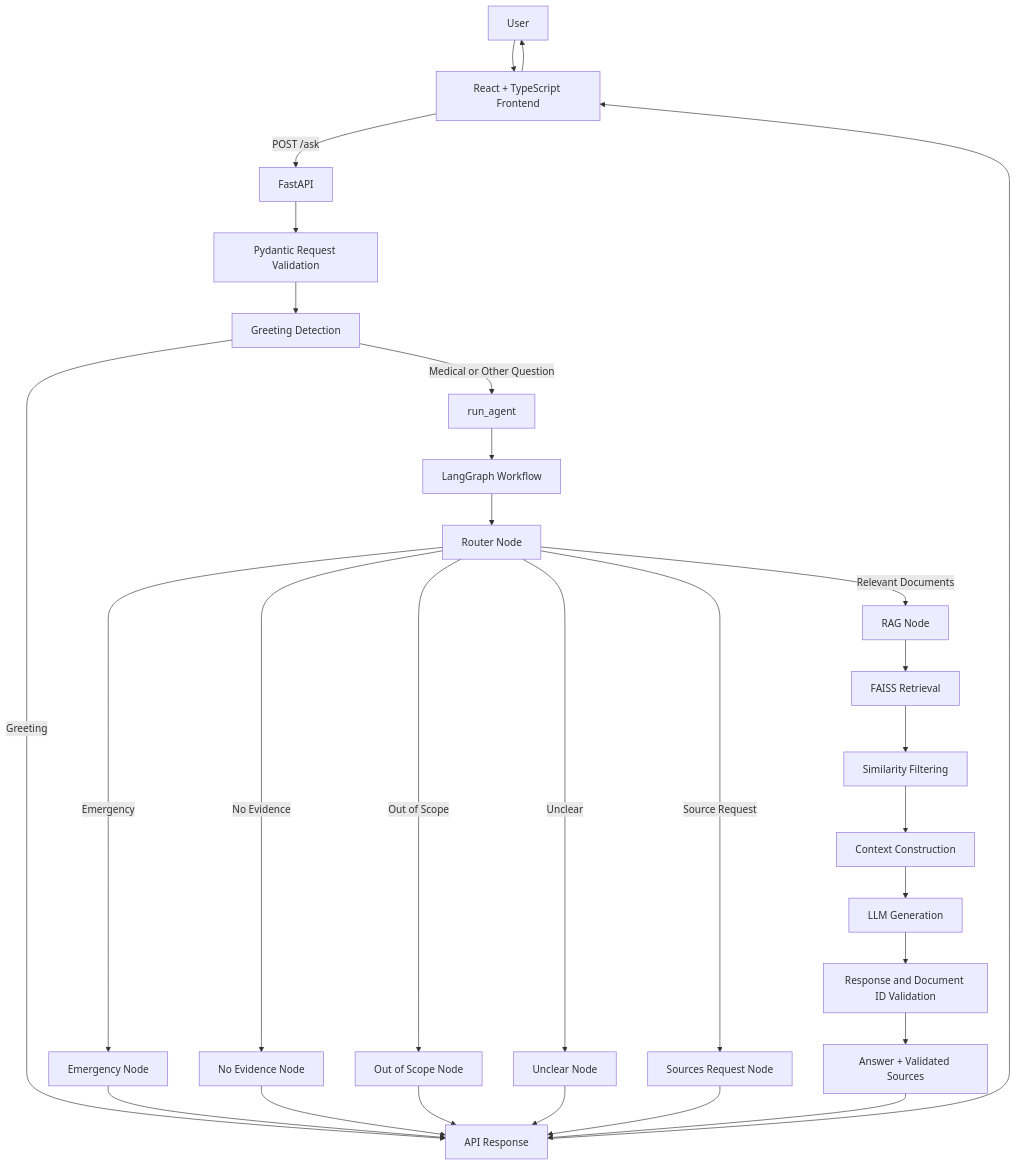
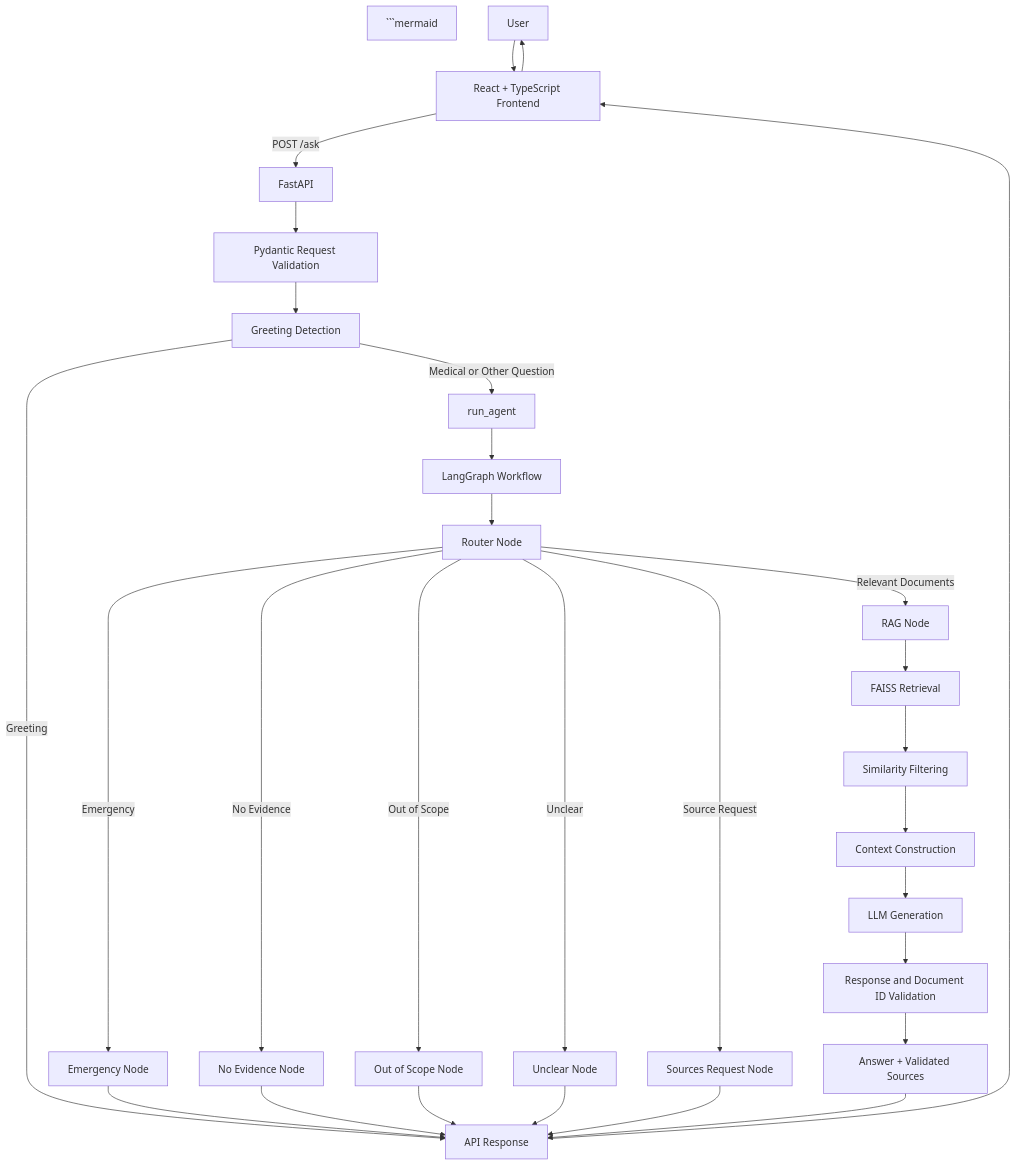
Before and after one commit to essiaajroud/medical-rag-chatbot: the diagram in README.md, drawn with Mermaid. The commit also changed other lines of this file and 12 other files, not shown here.

Commit message:
docs: add LangGraph architecture diagram

````diff
--- a/README.md
+++ b/README.md
@@ -62,37 +62,38 @@
 ```mermaid
 flowchart TD
-    U[User] --> FE[React + TypeScript Frontend]
-    FE -->|POST /ask| API[FastAPI]
-    API --> VALID[Pydantic Request Validation]
-    VALID --> GREETING[Greeting Detection]
+```mermaid
+U[User] --> FE[React + TypeScript Frontend]
+FE -->|POST /ask| API[FastAPI]
+API --> VALID[Pydantic Request Validation]
+VALID --> GREETING[Greeting Detection]
 
-    GREETING -->|Greeting| RESPONSE[API Response]
-    GREETING -->|Medical or Other Question| AGENT[run_agent]
-    AGENT --> GRAPH[LangGraph Workflow]
+GREETING -->|Greeting| RESPONSE[API Response]
+GREETING -->|Medical or Other Question| AGENT[run_agent]
+AGENT --> GRAPH[LangGraph Workflow]
 
-    GRAPH --> ROUTER[Router Node]
+GRAPH --> ROUTER[Router Node]
 
-    ROUTER -->|Emergency| EMERGENCY[Emergency Node]
-    ROUTER -->|Relevant Documents| RAG[RAG Node]
-    ROUTER -->|No Evidence| NOEVIDENCE[No Evidence Node]
-    ROUTER -->|Out of Scope| OUT[Out of Scope Node]
-    ROUTER -->|Unclear| UNCLEAR[Unclear Node]
-    ROUTER -->|Source Request| SOURCES[Sources Request Node]
+ROUTER -->|Emergency| EMERGENCY[Emergency Node]
+ROUTER -->|Relevant Documents| RAG[RAG Node]
+ROUTER -->|No Evidence| NOEVIDENCE[No Evidence Node]
+ROUTER -->|Out of Scope| OUT[Out of Scope Node]
+ROUTER -->|Unclear| UNCLEAR[Unclear Node]
+ROUTER -->|Source Request| SOURCES[Sources Request Node]
 
-    RAG --> RETRIEVAL[FAISS Retrieval]
-    RETRIEVAL --> FILTER[Similarity Filtering]
-    FILTER --> CONTEXT[Context Construction]
-    CONTEXT --> GENERATION[LLM Generation]
-    GENERATION --> VALIDATION[Response and Document ID Validation]
-    VALIDATION --> FINAL[Answer + Validated Sources]
+RAG --> RETRIEVAL[FAISS Retrieval]
+RETRIEVAL --> FILTER[Similarity Filtering]
+FILTER --> CONTEXT[Context Construction]
+CONTEXT --> GENERATION[LLM Generation]
+GENERATION --> VALIDATION[Response and Document ID Validation]
+VALIDATION --> FINAL[Answer + Validated Sources]
 
-    EMERGENCY --> RESPONSE
-    NOEVIDENCE --> RESPONSE
-    OUT --> RESPONSE
-    UNCLEAR --> RESPONSE
-    SOURCES --> RESPONSE
-    FINAL --> RESPONSE
+EMERGENCY --> RESPONSE
+NOEVIDENCE --> RESPONSE
+OUT --> RESPONSE
+UNCLEAR --> RESPONSE
+SOURCES --> RESPONSE
+FINAL --> RESPONSE
 
-    RESPONSE --> FE
-    FE --> U
+RESPONSE --> FE
+FE --> U
 ```
````
